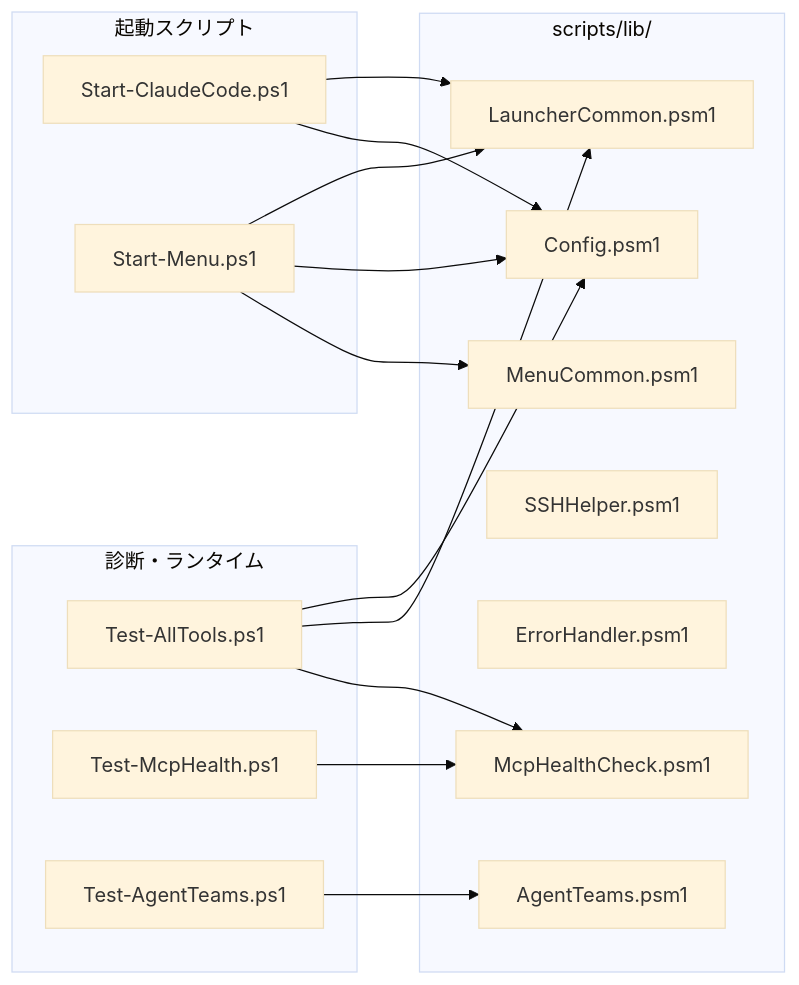
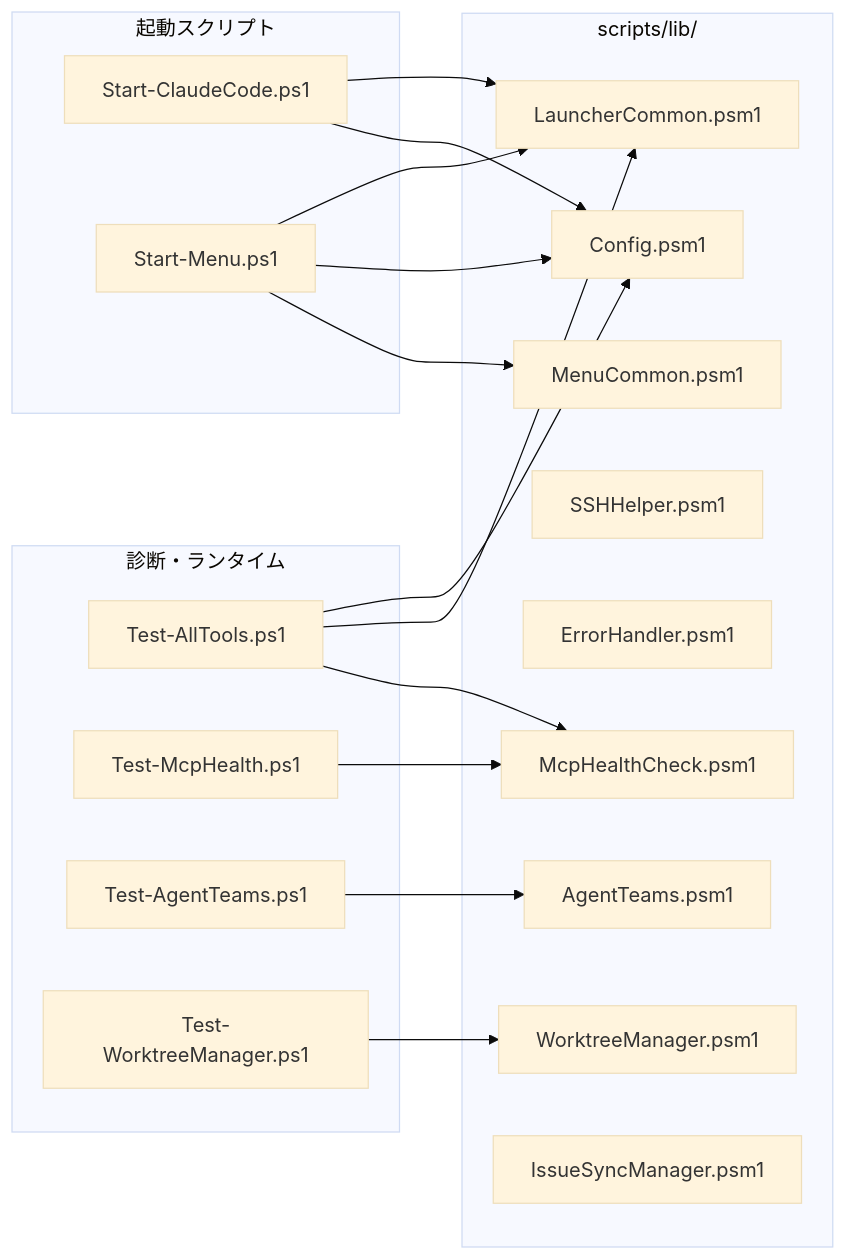
The second of 4 diagrams in README.md (Kensan196948G/ClaudeCLI-CodexCLI-CopilotCLI-StartUpTools-New), drawn with Mermaid (base theme) before and after one commit. The commit also changed other lines of this file, not shown here.

First line of the commit message:
docs: README.md v2.7.0 更新 — WorktreeManager・IssueSyncManager追加

````diff
--- a/README.md
+++ b/README.md
@@ -66,28 +66,31 @@
 ```mermaid
 graph LR
     subgraph "scripts/lib/"
         Config["Config.psm1"]
         Launcher["LauncherCommon.psm1"]
         Menu["MenuCommon.psm1"]
         SSH["SSHHelper.psm1"]
         Error["ErrorHandler.psm1"]
         MCP["McpHealthCheck.psm1"]
         AT["AgentTeams.psm1"]
+        WT["WorktreeManager.psm1"]
+        IS["IssueSyncManager.psm1"]
     end
 
     subgraph "診断・ランタイム"
         TAT["Test-AllTools.ps1"] --> Config
         TAT --> Launcher
         TAT --> MCP
         TMH["Test-McpHealth.ps1"] --> MCP
         TAG["Test-AgentTeams.ps1"] --> AT
+        TWT["Test-WorktreeManager.ps1"] --> WT
     end
 
     subgraph "起動スクリプト"
         SC["Start-ClaudeCode.ps1"] --> Launcher
         SC --> Config
         SM["Start-Menu.ps1"] --> Launcher
         SM --> Config
         SM --> Menu
     end
 ```
````
